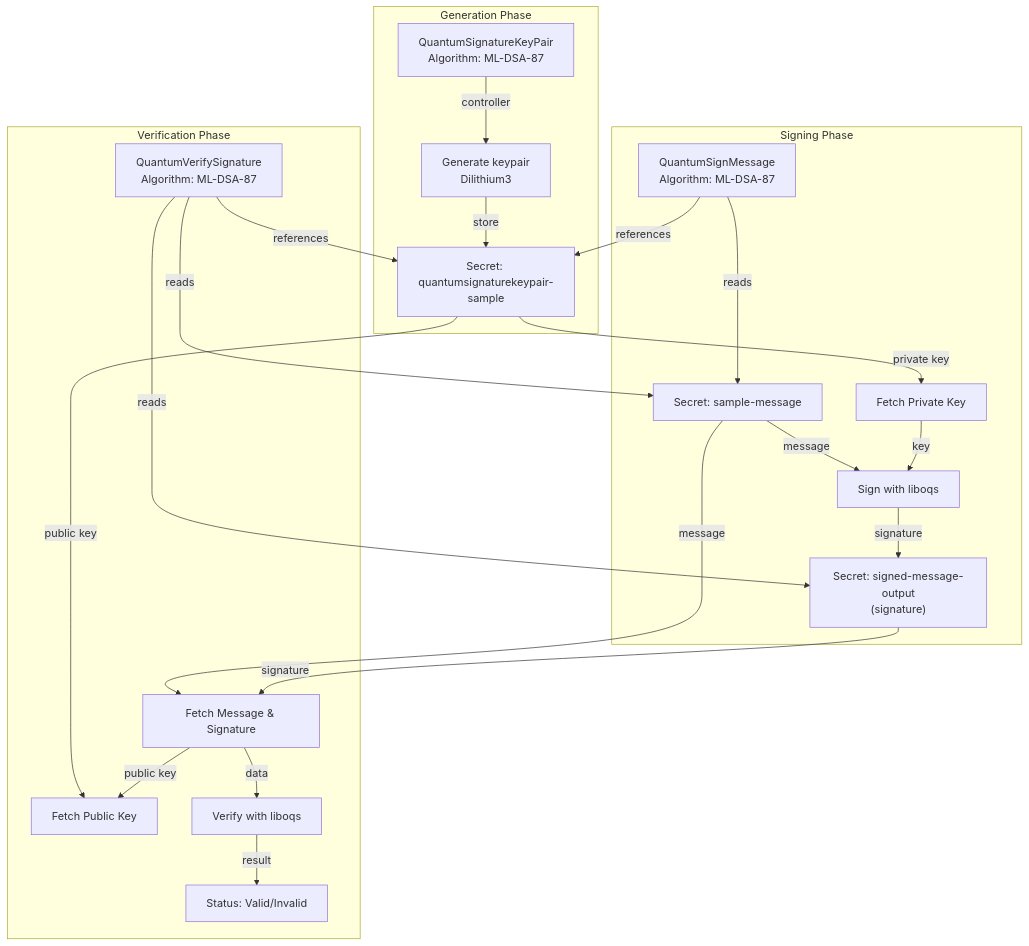
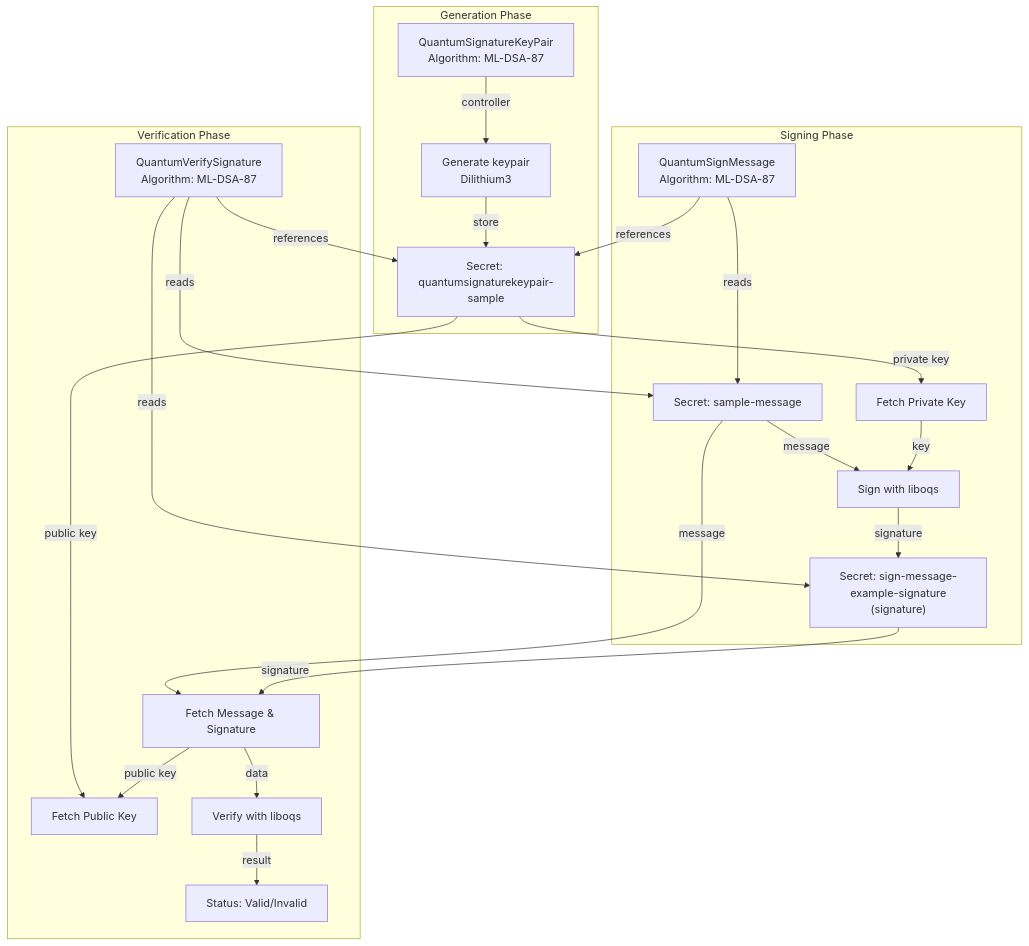
The second of 2 diagrams in docs/ARCHITECTURE.md (QubeSec/QubeSec), drawn with Mermaid before and after one commit. The commit also changed 11 other files, not shown here.

Commit message:
modified:   docs/ARCHITECTURE.md

````diff
--- a/docs/ARCHITECTURE.md
+++ b/docs/ARCHITECTURE.md
@@ -128,44 +128,44 @@
 ```mermaid
 graph TB
     subgraph "Generation Phase"
         A["QuantumSignatureKeyPair<br/>Algorithm: ML-DSA-87"]
         B["Generate keypair<br/>Dilithium3"]
         C["Secret: quantumsignaturekeypair-sample"]
     end
     
     subgraph "Signing Phase"
         D["QuantumSignMessage<br/>Algorithm: ML-DSA-87"]
         E["Secret: sample-message"]
         F["Fetch Private Key"]
         G["Sign with liboqs"]
-        H["Secret: signed-message-output<br/>(signature)"]
+        H["Secret: sign-message-example-signature<br/>(signature)"]
     end
     
     subgraph "Verification Phase"
         I["QuantumVerifySignature<br/>Algorithm: ML-DSA-87"]
         J["Fetch Public Key"]
         K["Fetch Message & Signature"]
         L["Verify with liboqs"]
         M["Status: Valid/Invalid"]
     end
     
     A -->|controller| B
     B -->|store| C
     
     D -->|references| C
     D -->|reads| E
     C -->|private key| F
     E -->|message| G
     F -->|key| G
     G -->|signature| H
     
     I -->|references| C
     I -->|reads| E
     I -->|reads| H
     C -->|public key| J
     K -->|public key| J
     E -->|message| K
     H -->|signature| K
     K -->|data| L
     L -->|result| M
 ```
````
